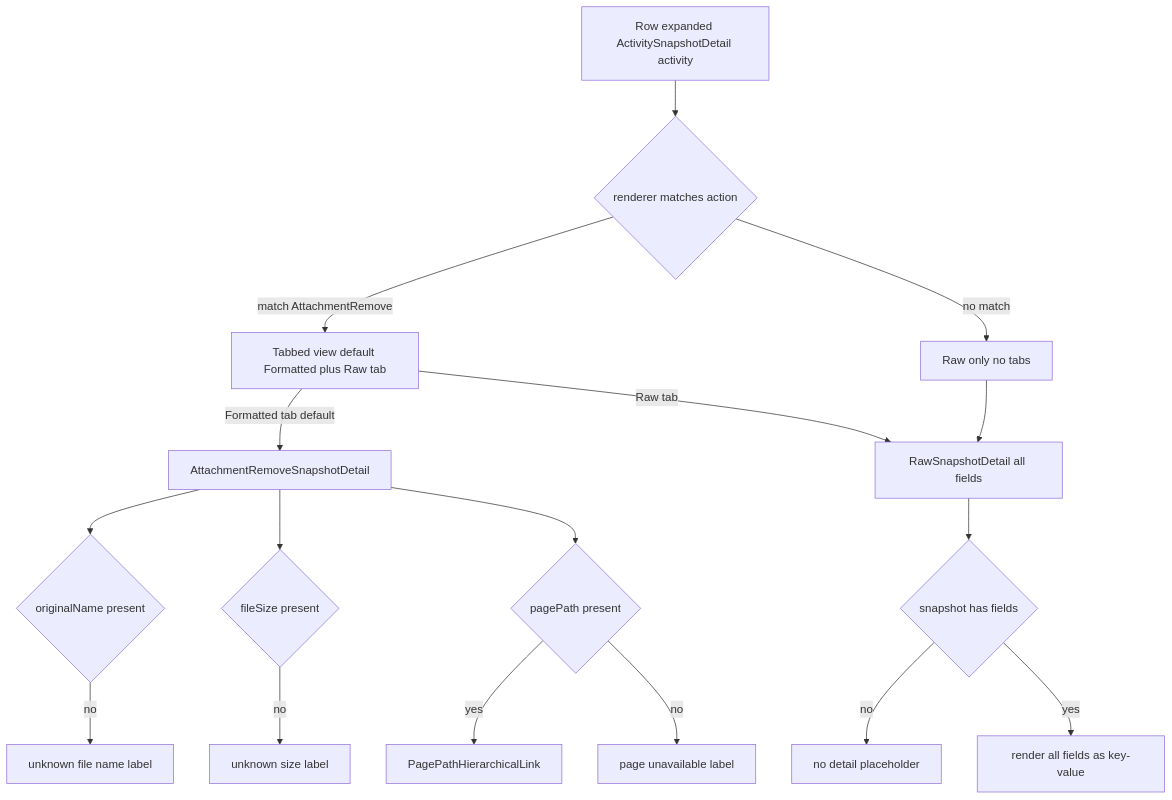
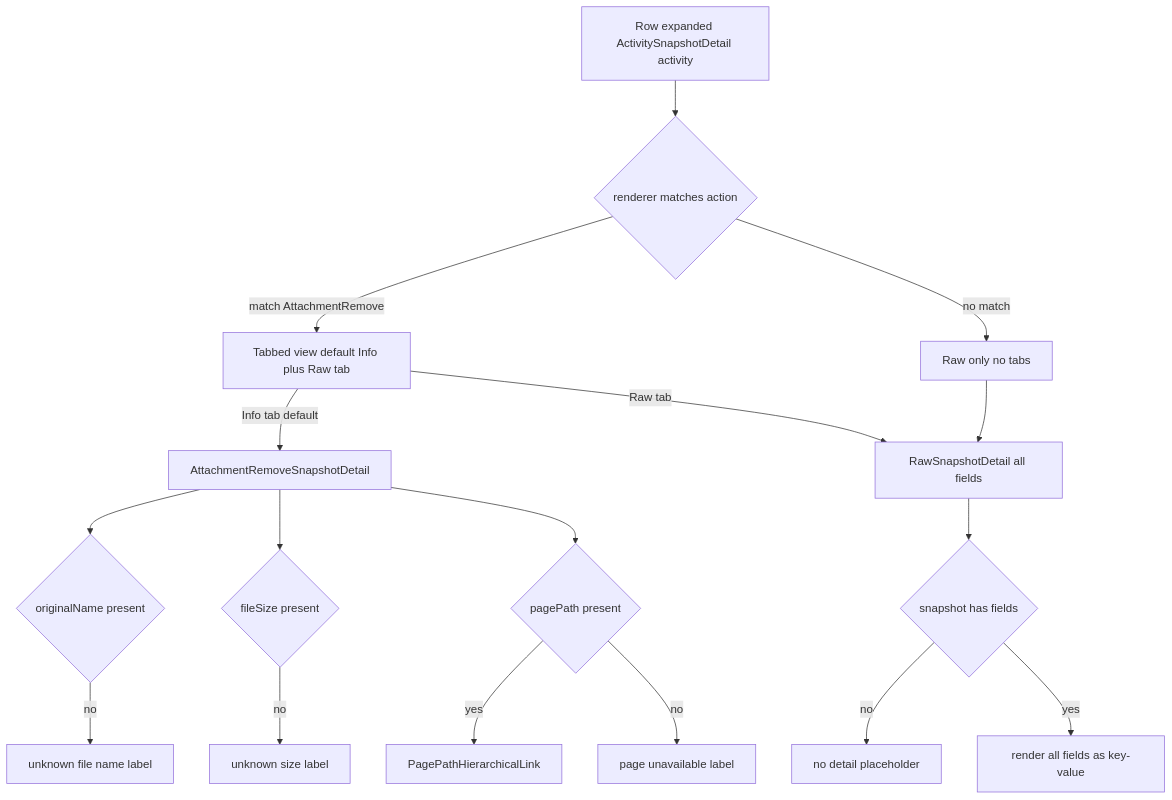
The second of 2 diagrams in .kiro/specs/activity-log-snapshot-viewer/design.md (growilabs/growi), drawn with Mermaid before and after one commit. The commit also changed other lines of this file and 6 other files, not shown here.

Commit message:
imprv: update tab labels and default states in ActivitySnapshotDetail and related components

````diff
--- a/.kiro/specs/activity-log-snapshot-viewer/design.md
+++ b/.kiro/specs/activity-log-snapshot-viewer/design.md
@@ -136,19 +136,19 @@
 ```mermaid
 flowchart TD
     Start[Row expanded ActivitySnapshotDetail activity] --> Find{renderer matches action}
-    Find -->|match AttachmentRemove| Tabs[Tabbed view default Formatted plus Raw tab]
+    Find -->|match AttachmentRemove| Tabs[Tabbed view default Info plus Raw tab]
     Find -->|no match| RawOnly[Raw only no tabs]
-    Tabs -->|Formatted tab default| Fmt[AttachmentRemoveSnapshotDetail]
+    Tabs -->|Info tab default| Fmt[AttachmentRemoveSnapshotDetail]
     Tabs -->|Raw tab| Raw[RawSnapshotDetail all fields]
     RawOnly --> Raw
     Fmt --> F1{originalName present}
     F1 -->|no| FbName[unknown file name label]
     Fmt --> F2{fileSize present}
     F2 -->|no| FbSize[unknown size label]
     Fmt --> F3{pagePath present}
     F3 -->|yes| Link[PagePathHierarchicalLink]
     F3 -->|no| FbPage[page unavailable label]
     Raw --> R1{snapshot has fields}
     R1 -->|no| Empty[no detail placeholder]
     R1 -->|yes| KV[render all fields as key-value]
 ```
````
